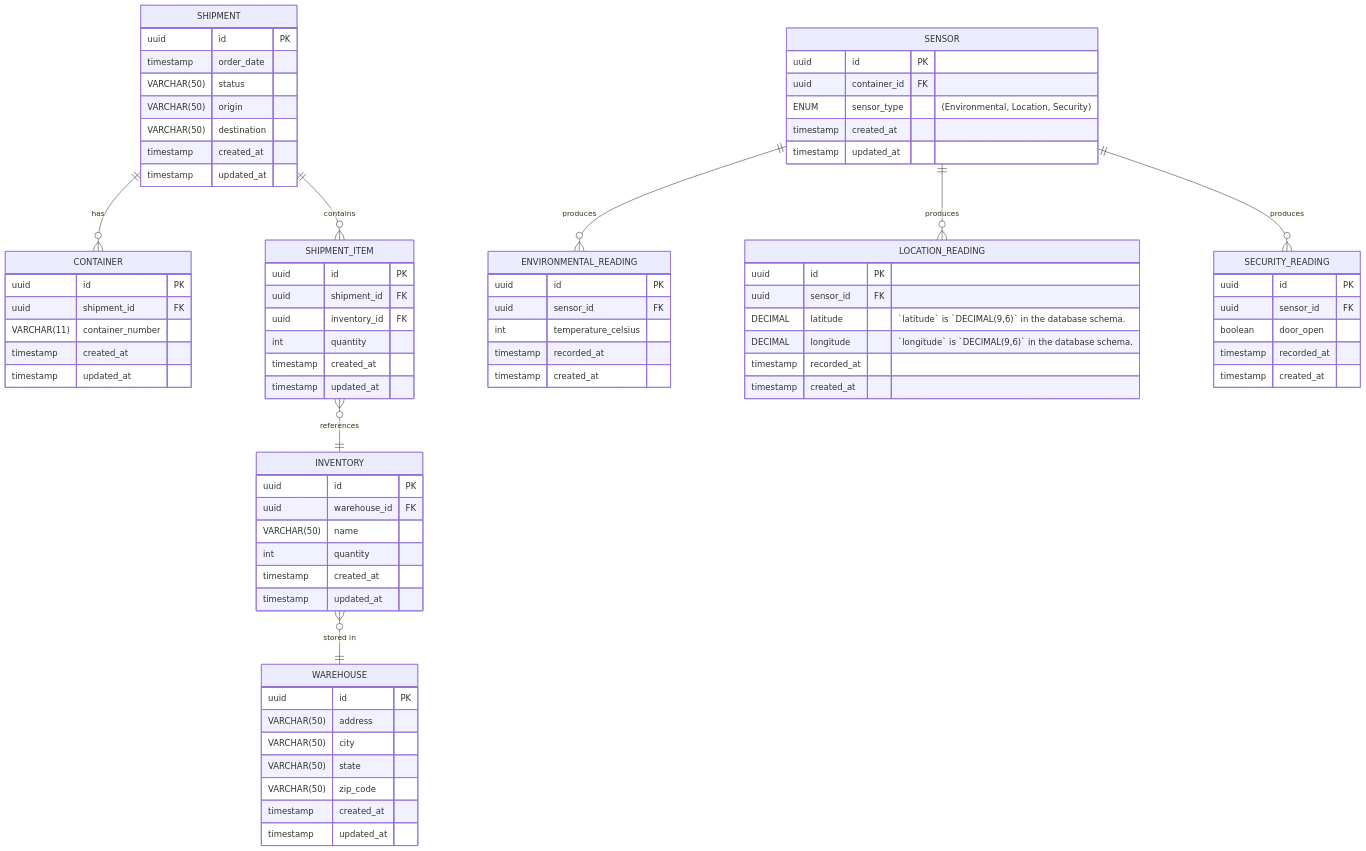
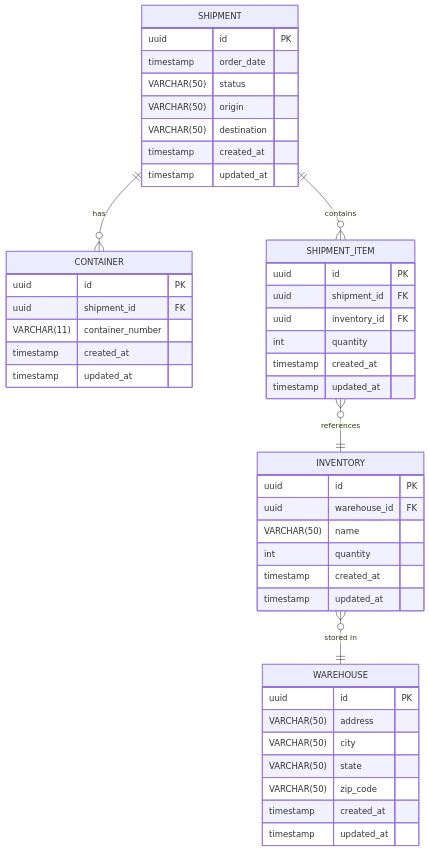
Before and after one commit to BadrChoubai/logistics-microservices: the second of 3 diagrams in ARCHITECTURE.md, drawn with Mermaid. The commit also changed 1 other file, not shown here.

Commit message:
docs: remove migrations ARCHITECTURE md

````diff
--- a/ARCHITECTURE.md
+++ b/ARCHITECTURE.md
@@ -186,42 +192,4 @@
     SHIPMENT ||--o{ SHIPMENT_ITEM : "contains"
     SHIPMENT_ITEM }o--|| INVENTORY : "references"
     INVENTORY }o--|| WAREHOUSE : "stored in"
-
-    SENSOR {
-        uuid            id PK
-        uuid            container_id FK
-        ENUM            sensor_type "(Environmental, Location, Security)"     
-        timestamp       created_at
-        timestamp       updated_at
-
-    }
-
-    ENVIRONMENTAL_READING {
-        uuid            id PK
-        uuid            sensor_id FK
-        int             temperature_celsius
-        timestamp       recorded_at
-        timestamp       created_at
-    }
-
-    LOCATION_READING {
-        uuid            id PK
-        uuid            sensor_id FK
-        DECIMAL         latitude "`latitude` is `DECIMAL(9,6)` in the database schema."
-        DECIMAL         longitude "`longitude` is `DECIMAL(9,6)` in the database schema."
-        timestamp       recorded_at
-        timestamp       created_at
-    }
-
-    SECURITY_READING {
-        uuid            id PK
-        uuid            sensor_id FK
-        boolean         door_open
-        timestamp       recorded_at
-        timestamp       created_at
-    }
-
-    SENSOR ||--o{ ENVIRONMENTAL_READING : "produces"
-    SENSOR ||--o{ LOCATION_READING : "produces"
-    SENSOR ||--o{ SECURITY_READING : "produces"
 ```
````
